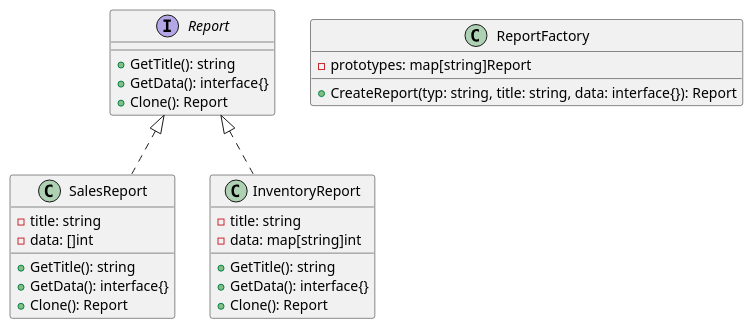
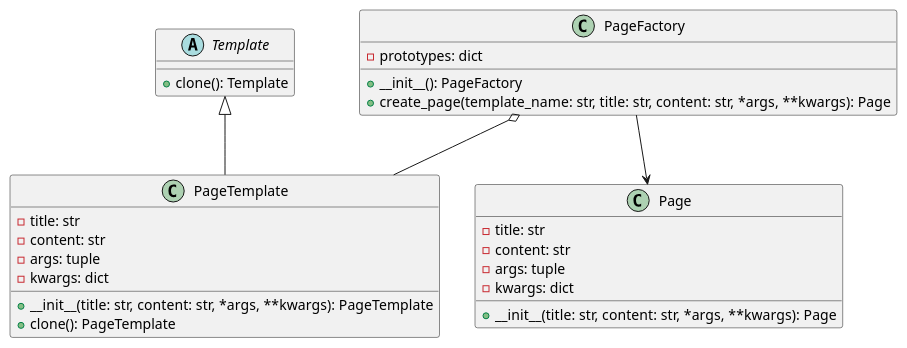
The diagram in klassifikaciya-patternov/creationals-patterns/prototip-prototype/primery/razrabotka-sistemy-upravleniya-kontentom-cms/PrototypeExamlePython.puml (andrewovchinnikov/design-patterns), drawn with PlantUML before and after one commit. The commit also changed 1 other file, not shown here.

Commit message:
UML диаграммы для прототипа;

```diff
--- a/klassifikaciya-patternov/creationals-patterns/prototip-prototype/primery/razrabotka-sistemy-upravleniya-kontentom-cms/PrototypeExamlePython.puml
+++ b/klassifikaciya-patternov/creationals-patterns/prototip-prototype/primery/razrabotka-sistemy-upravleniya-kontentom-cms/PrototypeExamlePython.puml
@@ -1,30 +1,34 @@
 @startuml
-interface Report {
-    + GetTitle(): string
-    + GetData(): interface{}
-    + Clone(): Report
+
+abstract class Template {
+    + clone(): Template
 }
 
-class SalesReport implements Report {
-    - title: string
-    - data: []int
-    + GetTitle(): string
-    + GetData(): interface{}
-    + Clone(): Report
+class PageTemplate {
+    - title: str
+    - content: str
+    - args: tuple
+    - kwargs: dict
+    + __init__(title: str, content: str, *args, **kwargs): PageTemplate
+    + clone(): PageTemplate
 }
 
-class InventoryReport implements Report {
-    - title: string
-    - data: map[string]int
-    + GetTitle(): string
-    + GetData(): interface{}
-    + Clone(): Report
+class Page {
+    - title: str
+    - content: str
+    - args: tuple
+    - kwargs: dict
+    + __init__(title: str, content: str, *args, **kwargs): Page
 }
 
-class ReportFactory {
-    - prototypes: map[string]Report
-    + CreateReport(typ: string, title: string, data: interface{}): Report
+class PageFactory {
+    - prototypes: dict
+    + __init__(): PageFactory
+    + create_page(template_name: str, title: str, content: str, *args, **kwargs): Page
 }
 
+Template <|-- PageTemplate
+PageFactory o-- PageTemplate
+PageFactory --> Page
 
 @enduml
```
